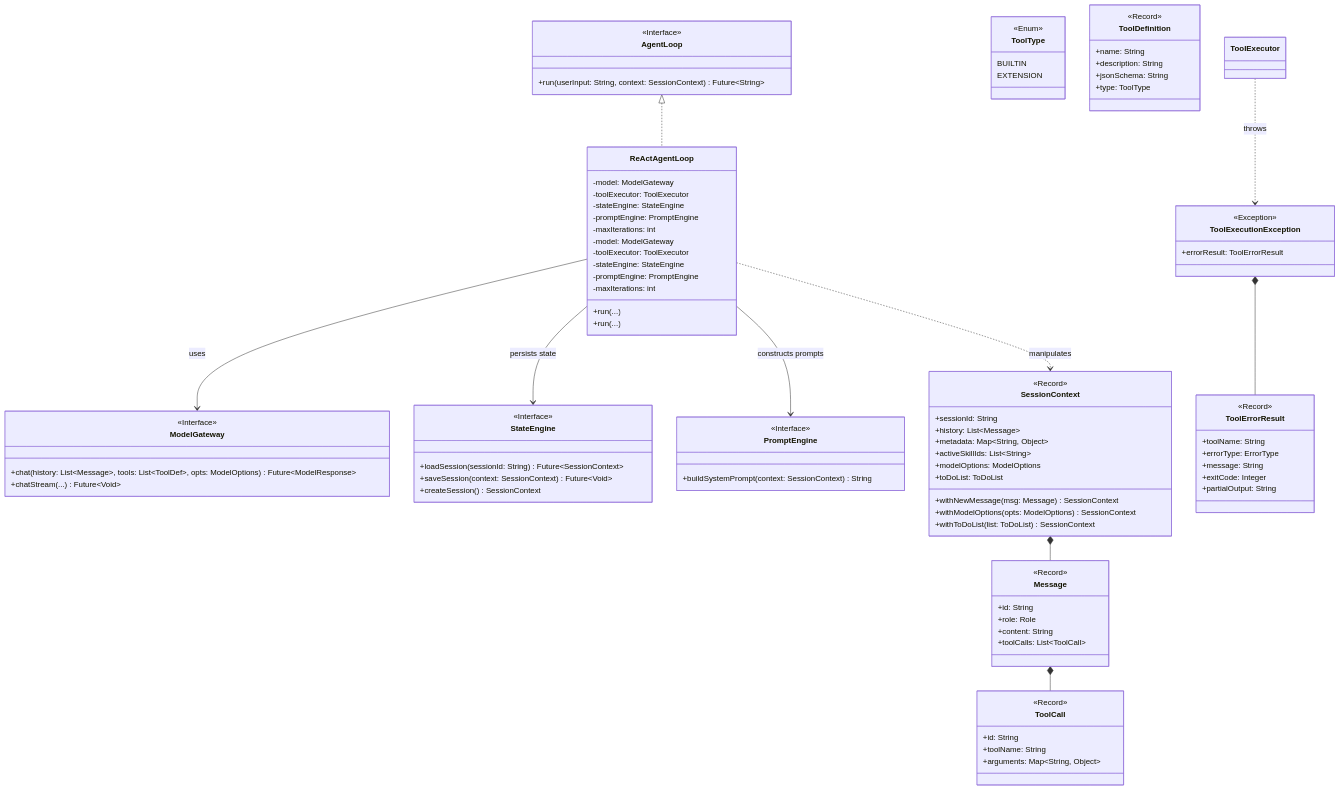
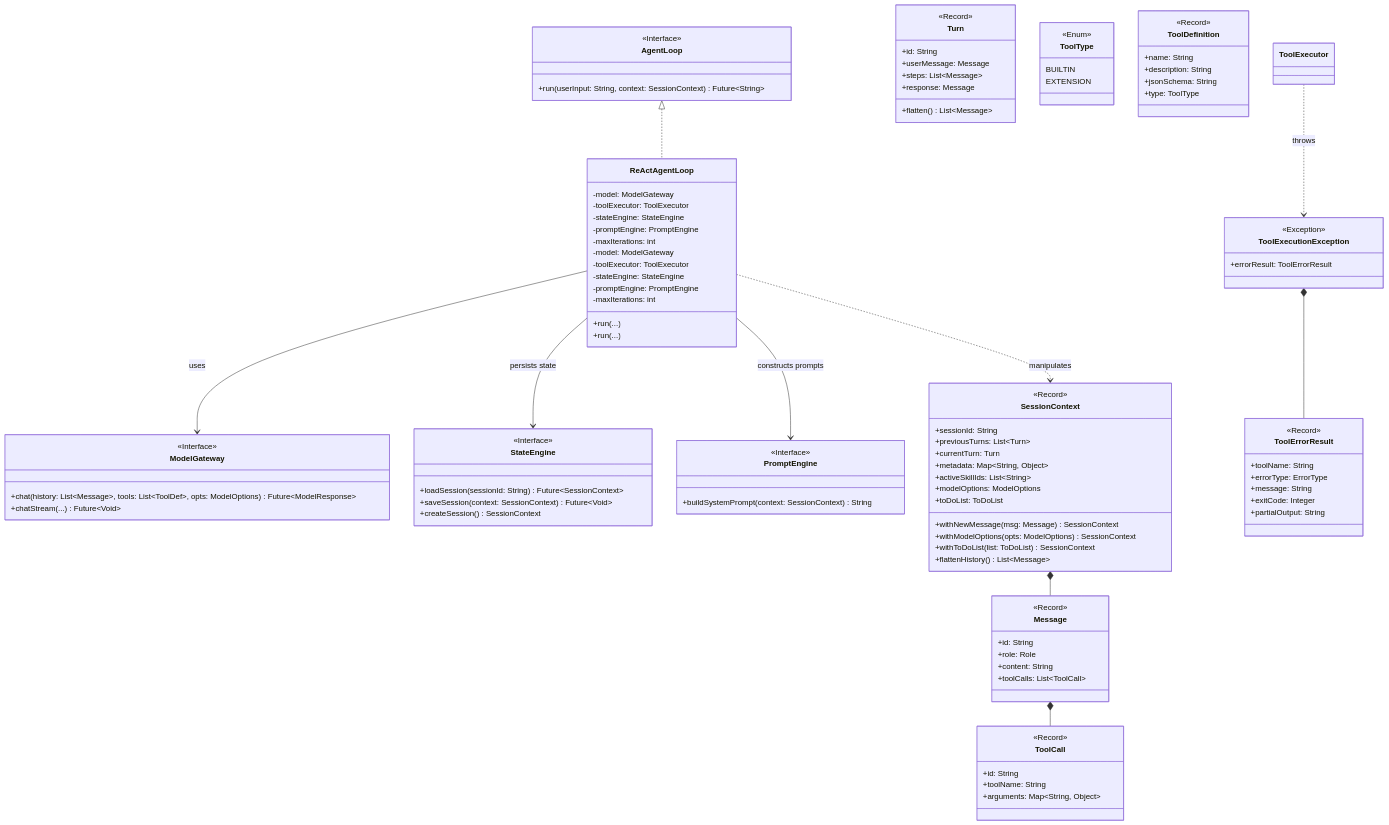
The first of 3 diagrams in docs/CORE_KERNEL_DESIGN.md (stream-iori/ganglia), drawn with Mermaid before and after one commit. The commit also changed 8 other files, not shown here.

```diff
--- a/docs/CORE_KERNEL_DESIGN.md
+++ b/docs/CORE_KERNEL_DESIGN.md
@@ -49,7 +49,8 @@
     class SessionContext {
         <<Record>>
         +sessionId: String
-        +history: List~Message~
+        +previousTurns: List~Turn~
+        +currentTurn: Turn
         +metadata: Map~String, Object~
         +activeSkillIds: List~String~
         +modelOptions: ModelOptions
@@ -57,6 +58,16 @@
         +withNewMessage(msg: Message) SessionContext
         +withModelOptions(opts: ModelOptions) SessionContext
         +withToDoList(list: ToDoList) SessionContext
+        +flattenHistory() List~Message~
+    }
+
+    class Turn {
+        <<Record>>
+        +id: String
+        +userMessage: Message
+        +steps: List~Message~
+        +response: Message
+        +flatten() List~Message~
     }
     
     class ReActAgentLoop {
```
